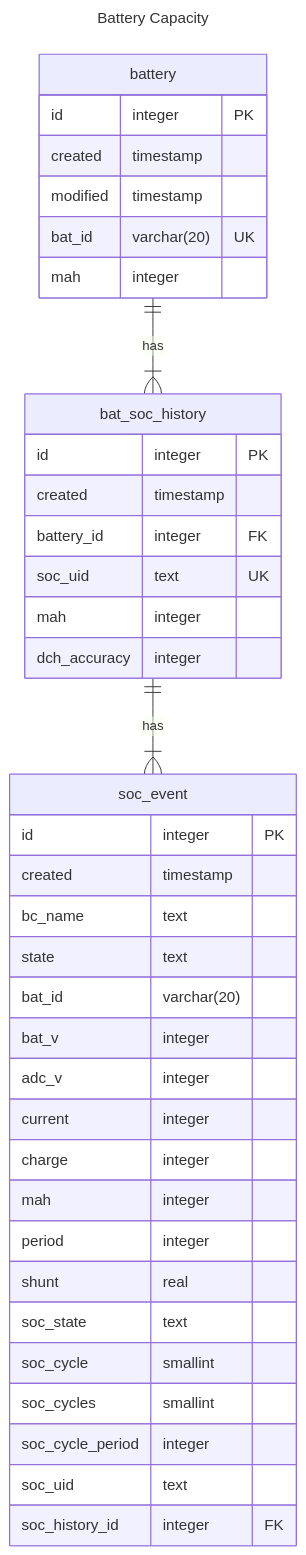
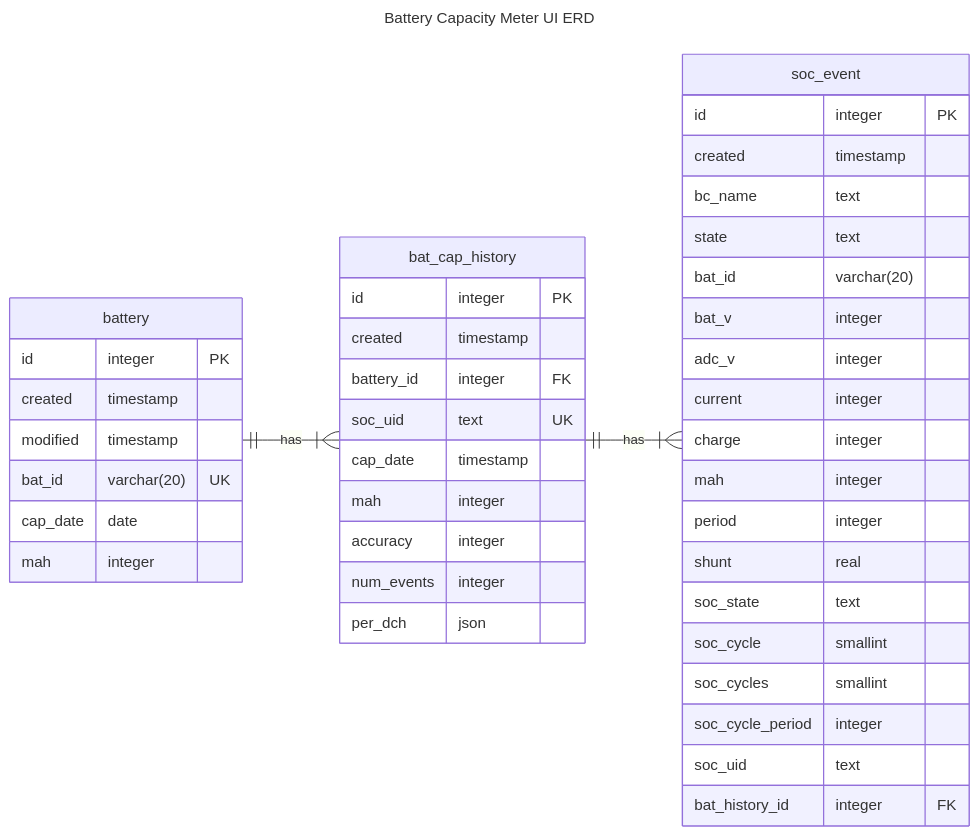
The diagram in doc/ERD.md (fitzterra/battery-capacity-meter-ui), drawn with Mermaid before and after one commit. The commit also changed 27 other files, not shown here.

````diff
--- a/doc/ERD.md
+++ b/doc/ERD.md
@@ -4,48 +4,52 @@
 ```mermaid
 ---
-title: Battery Capacity
+title: Battery Capacity Meter UI ERD
 ---
 
 erDiagram
-    direction TB
+    direction LR
     battery {
         id integer PK
         created timestamp
         modified timestamp
         bat_id varchar(20) UK
+        cap_date date
         mah integer
     }
 
-    bat_soc_history {
+    bat_cap_history {
         id integer PK
         created timestamp
         battery_id integer FK
         soc_uid text UK
+        cap_date timestamp
         mah integer
-        dch_accuracy integer
+        accuracy integer
+        num_events integer
+        per_dch json
     }
 
     soc_event {
         id integer PK
         created timestamp
         bc_name text
         state text
         bat_id varchar(20)
         bat_v integer
         adc_v integer
         current integer
         charge integer
         mah integer
         period integer
         shunt real
         soc_state text
         soc_cycle smallint
         soc_cycles smallint
         soc_cycle_period integer
         soc_uid text
-        soc_history_id integer FK
+        bat_history_id integer FK
     }
 
-    bat_soc_history ||--|{ soc_event: "has"
-    battery ||--|{ bat_soc_history: "has"
+    bat_cap_history ||--|{ soc_event: "has"
+    battery ||--|{ bat_cap_history: "has"
 ```
````
